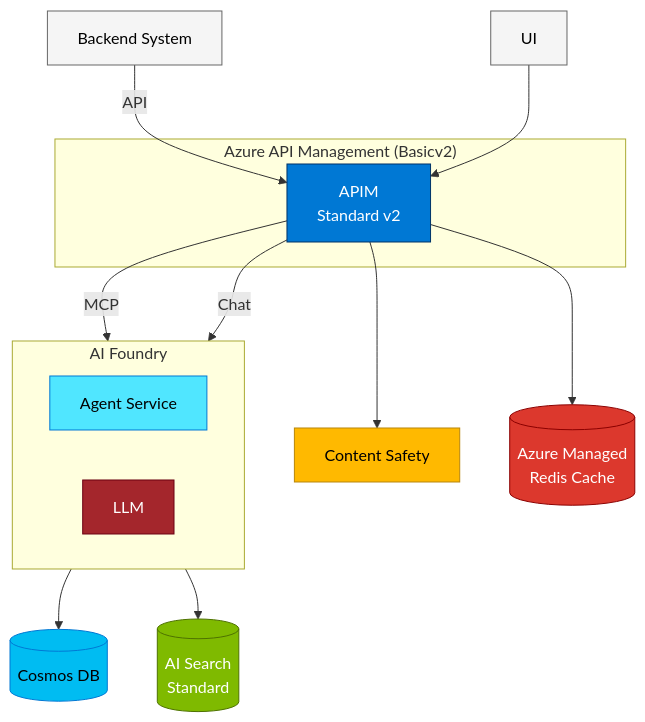
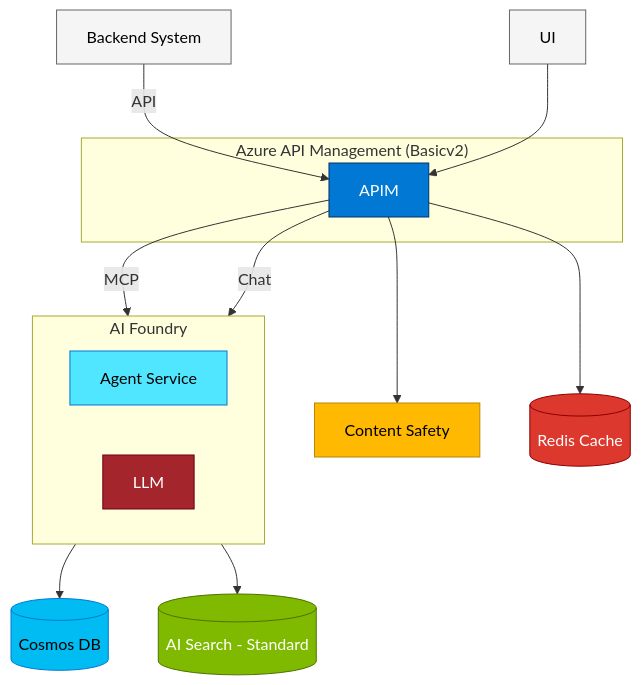
Before and after one commit to nourshaker-msft/10x-csa: the diagram in customer-architecture-solution.md, drawn with Mermaid. The commit also changed other lines of this file, not shown here.

````diff
--- a/customer-architecture-solution.md
+++ b/customer-architecture-solution.md
@@ -47,38 +45,38 @@
 ```mermaid
 graph TB
     Backend["Backend System"]
     UI["UI"]
 
     subgraph APIM_Box["Azure API Management (Basicv2)"]
-        APIM["APIM\nStandard v2"]
+        APIM["APIM"]
     end
 
     subgraph Foundry_Box["AI Foundry"]
         Agent["Agent Service"]
         LLM["LLM"]
     end
 
     CS["Content Safety"]
-    Redis[("Azure Managed\nRedis Cache")]
+    Redis[("Redis Cache")]
     Cosmos[("Cosmos DB")]
-    Search[("AI Search\nStandard")]
+    Search[("AI Search - Standard")]
 
     Backend -->|API| APIM
     UI --> APIM
     APIM -->|MCP| Foundry_Box
     APIM -->|Chat| Foundry_Box
     APIM --> CS
     APIM --> Redis
     Foundry_Box --> Cosmos
     Foundry_Box --> Search
 
     style Backend fill:#f5f5f5,stroke:#666,color:#000
     style UI fill:#f5f5f5,stroke:#666,color:#000
     style APIM fill:#0078D4,stroke:#003366,color:#fff
     style Agent fill:#50E6FF,stroke:#0078D4,color:#000
     style LLM fill:#A4262C,stroke:#6B0012,color:#fff
     style CS fill:#FFB900,stroke:#B8860B,color:#000
     style Redis fill:#DC382D,stroke:#8B0000,color:#fff
     style Cosmos fill:#00BCF2,stroke:#0078D4,color:#000
     style Search fill:#7FBA00,stroke:#4E7200,color:#fff
 ```
````
